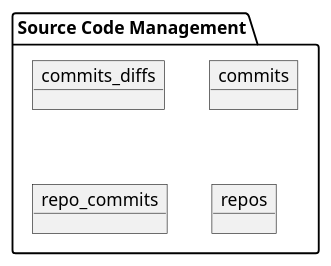
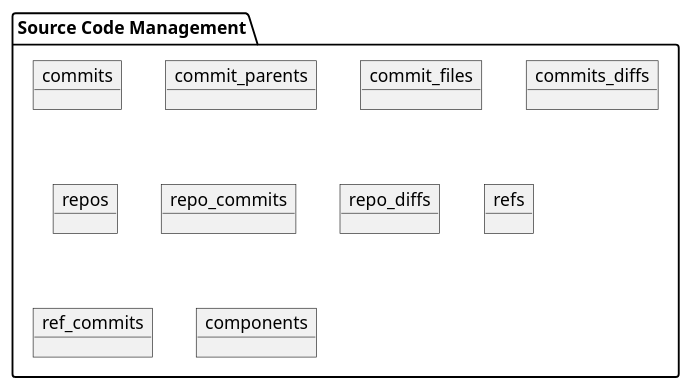
The diagram in domain_source_code_management.puml (d4x1/devlake-plugin-analysis), drawn with PlantUML before and after one commit. The commit also changed 8 other files, not shown here.

```diff
--- a/domain_source_code_management.puml
+++ b/domain_source_code_management.puml
@@ -1,12 +1,20 @@
 @startuml
 'https://plantuml.com/object-diagram
 
 package "Source Code Management"{
+    object "commits" as commits
+    object "commit_parents" as commit_parents
+    object "commit_files" as commit_files
     object "commits_diffs" as commits_diffs
-    object "commits" as commits
+
+    object "repos" as repos
     object "repo_commits" as repo_commits
-    object "repos" as repos
+    object "repo_diffs" as repo_diffs
 
+    object "refs" as refs
+    object "ref_commits" as ref_commits
+
+    object "components" as components
 }
 
 @enduml
```
